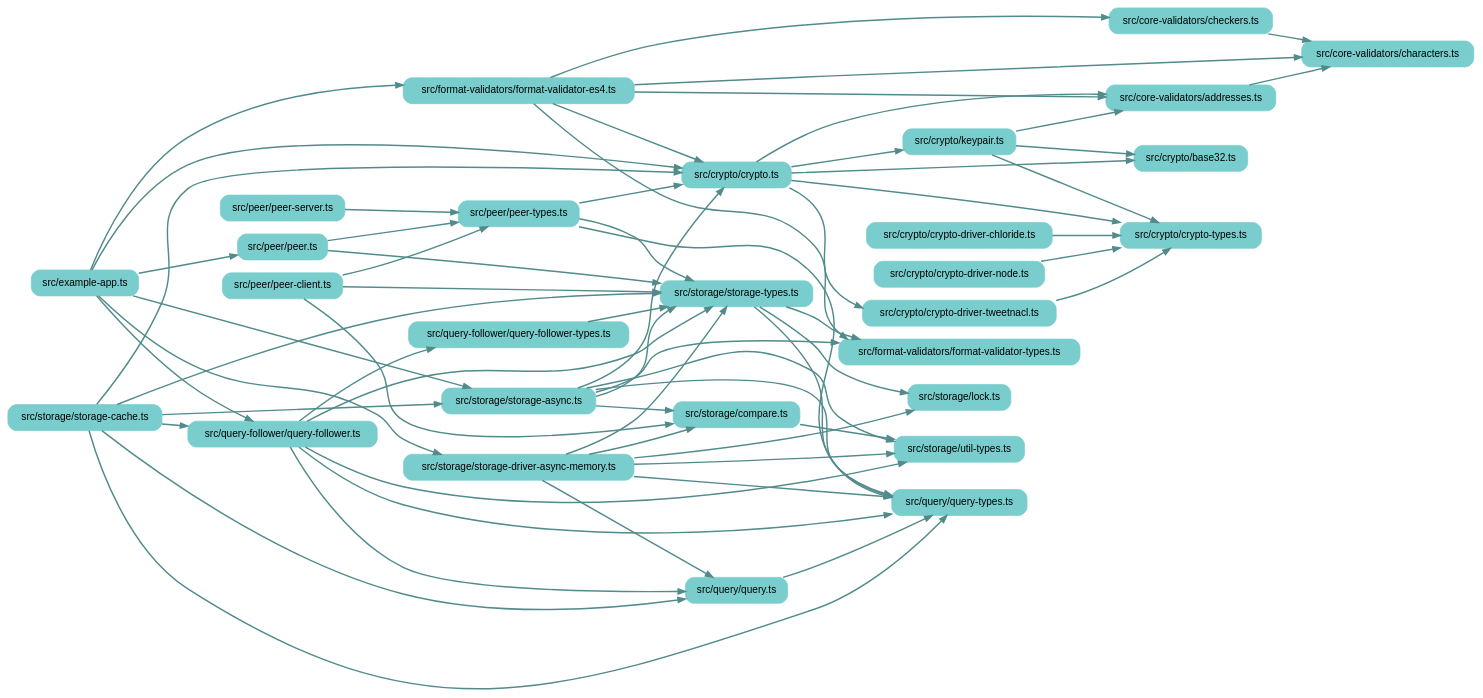
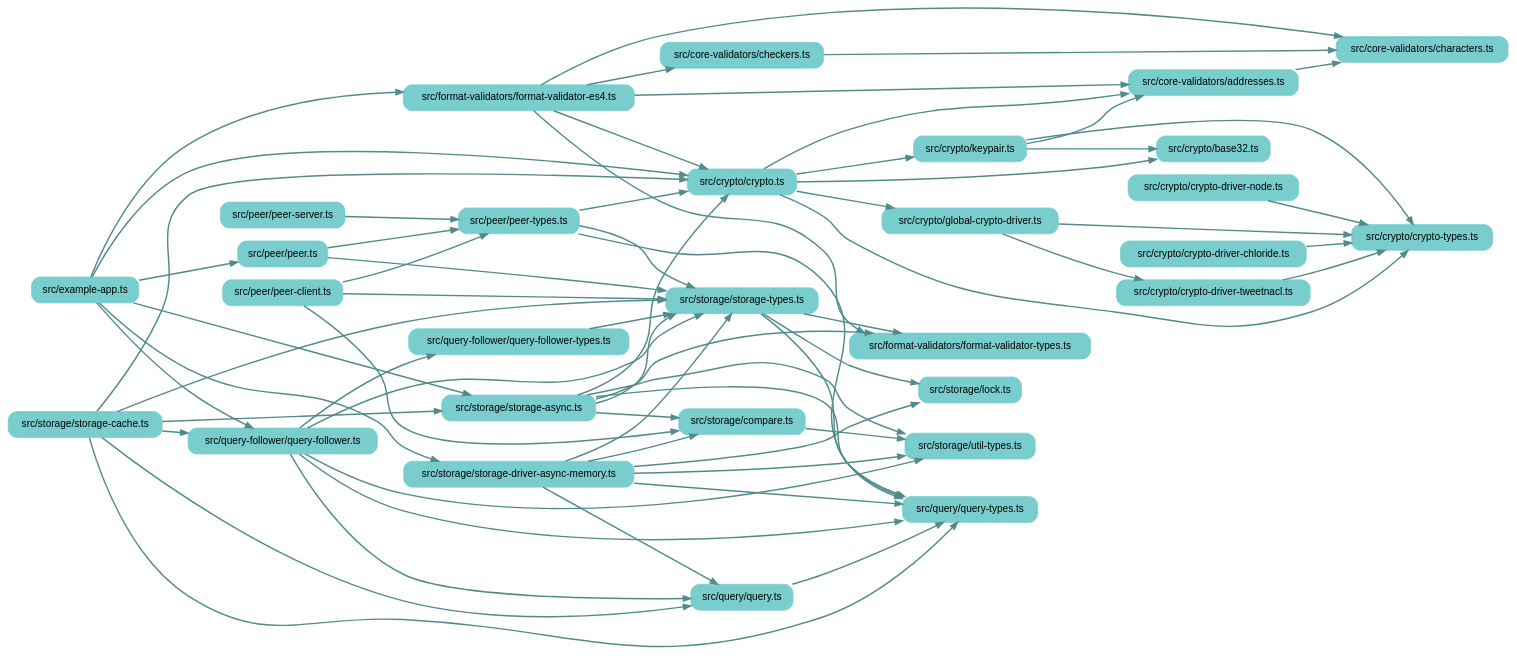
Before and after one commit to earthstar-project/earthstar: the diagram in depchart/depchart-loose.dot, drawn with Graphviz. The commit also changed 11 other files, not shown here.

```diff
--- a/depchart/depchart-loose.dot
+++ b/depchart/depchart-loose.dot
@@ -1,107 +1,110 @@
 
 digraph G {
     //splines=line;
     //splines=polyline;
     splines=true;
     rankdir=LR;
     //newrank=true;
     compound=true;
     graph [fontname = "helvetica"];  // dpi=72
     node [fontname = "helvetica"];
     edge [fontname = "helvetica"];
     
     // files in their folder clusters
         "src/example-app.ts" [label="src/example-app.ts", shape=rectangle; style="rounded,filled"; color=darkslategray3];
         "src/core-validators/addresses.ts" [label="src/core-validators/addresses.ts", shape=rectangle; style="rounded,filled"; color=darkslategray3];
             "src/core-validators/characters.ts" [label="src/core-validators/characters.ts", shape=rectangle; style="rounded,filled"; color=darkslategray3];
             "src/core-validators/checkers.ts" [label="src/core-validators/checkers.ts", shape=rectangle; style="rounded,filled"; color=darkslategray3];
         "src/crypto/base32.ts" [label="src/crypto/base32.ts", shape=rectangle; style="rounded,filled"; color=darkslategray3];
             "src/crypto/crypto-driver-chloride.ts" [label="src/crypto/crypto-driver-chloride.ts", shape=rectangle; style="rounded,filled"; color=darkslategray3];
             "src/crypto/crypto-driver-node.ts" [label="src/crypto/crypto-driver-node.ts", shape=rectangle; style="rounded,filled"; color=darkslategray3];
             "src/crypto/crypto-driver-tweetnacl.ts" [label="src/crypto/crypto-driver-tweetnacl.ts", shape=rectangle; style="rounded,filled"; color=darkslategray3];
             "src/crypto/crypto-types.ts" [label="src/crypto/crypto-types.ts", shape=rectangle; style="rounded,filled"; color=darkslategray3];
             "src/crypto/crypto.ts" [label="src/crypto/crypto.ts", shape=rectangle; style="rounded,filled"; color=darkslategray3];
+            "src/crypto/global-crypto-driver.ts" [label="src/crypto/global-crypto-driver.ts", shape=rectangle; style="rounded,filled"; color=darkslategray3];
             "src/crypto/keypair.ts" [label="src/crypto/keypair.ts", shape=rectangle; style="rounded,filled"; color=darkslategray3];
         "src/format-validators/format-validator-es4.ts" [label="src/format-validators/format-validator-es4.ts", shape=rectangle; style="rounded,filled"; color=darkslategray3];
             "src/format-validators/format-validator-types.ts" [label="src/format-validators/format-validator-types.ts", shape=rectangle; style="rounded,filled"; color=darkslategray3];
         "src/peer/peer-client.ts" [label="src/peer/peer-client.ts", shape=rectangle; style="rounded,filled"; color=darkslategray3];
             "src/peer/peer-server.ts" [label="src/peer/peer-server.ts", shape=rectangle; style="rounded,filled"; color=darkslategray3];
             "src/peer/peer-types.ts" [label="src/peer/peer-types.ts", shape=rectangle; style="rounded,filled"; color=darkslategray3];
             "src/peer/peer.ts" [label="src/peer/peer.ts", shape=rectangle; style="rounded,filled"; color=darkslategray3];
         "src/query-follower/query-follower-types.ts" [label="src/query-follower/query-follower-types.ts", shape=rectangle; style="rounded,filled"; color=darkslategray3];
             "src/query-follower/query-follower.ts" [label="src/query-follower/query-follower.ts", shape=rectangle; style="rounded,filled"; color=darkslategray3];
         "src/query/query-types.ts" [label="src/query/query-types.ts", shape=rectangle; style="rounded,filled"; color=darkslategray3];
             "src/query/query.ts" [label="src/query/query.ts", shape=rectangle; style="rounded,filled"; color=darkslategray3];
         "src/storage/compare.ts" [label="src/storage/compare.ts", shape=rectangle; style="rounded,filled"; color=darkslategray3];
             "src/storage/lock.ts" [label="src/storage/lock.ts", shape=rectangle; style="rounded,filled"; color=darkslategray3];
             "src/storage/storage-async.ts" [label="src/storage/storage-async.ts", shape=rectangle; style="rounded,filled"; color=darkslategray3];
             "src/storage/storage-cache.ts" [label="src/storage/storage-cache.ts", shape=rectangle; style="rounded,filled"; color=darkslategray3];
             "src/storage/storage-driver-async-memory.ts" [label="src/storage/storage-driver-async-memory.ts", shape=rectangle; style="rounded,filled"; color=darkslategray3];
             "src/storage/storage-types.ts" [label="src/storage/storage-types.ts", shape=rectangle; style="rounded,filled"; color=darkslategray3];
             "src/storage/util-types.ts" [label="src/storage/util-types.ts", shape=rectangle; style="rounded,filled"; color=darkslategray3];
 
     // edges between files
     "src/core-validators/addresses.ts" -> "src/core-validators/characters.ts" [penwidth=2; color=darkslategray4];
     "src/core-validators/checkers.ts" -> "src/core-validators/characters.ts" [penwidth=2; color=darkslategray4];
     "src/crypto/crypto-driver-chloride.ts" -> "src/crypto/crypto-types.ts" [penwidth=2; color=darkslategray4];
     "src/crypto/crypto-driver-node.ts" -> "src/crypto/crypto-types.ts" [penwidth=2; color=darkslategray4];
     "src/crypto/crypto-driver-tweetnacl.ts" -> "src/crypto/crypto-types.ts" [penwidth=2; color=darkslategray4];
     "src/crypto/crypto.ts" -> "src/crypto/crypto-types.ts" [penwidth=2; color=darkslategray4];
     "src/crypto/crypto.ts" -> "src/crypto/base32.ts" [penwidth=2; color=darkslategray4];
     "src/crypto/crypto.ts" -> "src/crypto/keypair.ts" [penwidth=2; color=darkslategray4];
     "src/crypto/crypto.ts" -> "src/core-validators/addresses.ts" [penwidth=2; color=darkslategray4];
-    "src/crypto/crypto.ts" -> "src/crypto/crypto-driver-tweetnacl.ts" [penwidth=2; color=darkslategray4];
+    "src/crypto/crypto.ts" -> "src/crypto/global-crypto-driver.ts" [penwidth=2; color=darkslategray4];
+    "src/crypto/global-crypto-driver.ts" -> "src/crypto/crypto-driver-tweetnacl.ts" [penwidth=2; color=darkslategray4];
+    "src/crypto/global-crypto-driver.ts" -> "src/crypto/crypto-types.ts" [penwidth=2; color=darkslategray4];
     "src/crypto/keypair.ts" -> "src/crypto/base32.ts" [penwidth=2; color=darkslategray4];
     "src/crypto/keypair.ts" -> "src/crypto/crypto-types.ts" [penwidth=2; color=darkslategray4];
     "src/crypto/keypair.ts" -> "src/core-validators/addresses.ts" [penwidth=2; color=darkslategray4];
     "src/example-app.ts" -> "src/format-validators/format-validator-es4.ts" [penwidth=2; color=darkslategray4];
     "src/example-app.ts" -> "src/storage/storage-driver-async-memory.ts" [penwidth=2; color=darkslategray4];
     "src/example-app.ts" -> "src/storage/storage-async.ts" [penwidth=2; color=darkslategray4];
     "src/example-app.ts" -> "src/crypto/crypto.ts" [penwidth=2; color=darkslategray4];
     "src/example-app.ts" -> "src/query-follower/query-follower.ts" [penwidth=2; color=darkslategray4];
     "src/example-app.ts" -> "src/peer/peer.ts" [penwidth=2; color=darkslategray4];
     "src/format-validators/format-validator-es4.ts" -> "src/format-validators/format-validator-types.ts" [penwidth=2; color=darkslategray4];
     "src/format-validators/format-validator-es4.ts" -> "src/crypto/crypto.ts" [penwidth=2; color=darkslategray4];
     "src/format-validators/format-validator-es4.ts" -> "src/core-validators/characters.ts" [penwidth=2; color=darkslategray4];
     "src/format-validators/format-validator-es4.ts" -> "src/core-validators/checkers.ts" [penwidth=2; color=darkslategray4];
     "src/format-validators/format-validator-es4.ts" -> "src/core-validators/addresses.ts" [penwidth=2; color=darkslategray4];
     "src/peer/peer-client.ts" -> "src/storage/storage-types.ts" [penwidth=2; color=darkslategray4];
     "src/peer/peer-client.ts" -> "src/peer/peer-types.ts" [penwidth=2; color=darkslategray4];
     "src/peer/peer-client.ts" -> "src/storage/compare.ts" [penwidth=2; color=darkslategray4];
     "src/peer/peer-server.ts" -> "src/peer/peer-types.ts" [penwidth=2; color=darkslategray4];
     "src/peer/peer-types.ts" -> "src/storage/storage-types.ts" [penwidth=2; color=darkslategray4];
     "src/peer/peer-types.ts" -> "src/query/query-types.ts" [penwidth=2; color=darkslategray4];
     "src/peer/peer-types.ts" -> "src/crypto/crypto.ts" [penwidth=2; color=darkslategray4];
     "src/peer/peer.ts" -> "src/storage/storage-types.ts" [penwidth=2; color=darkslategray4];
     "src/peer/peer.ts" -> "src/peer/peer-types.ts" [penwidth=2; color=darkslategray4];
     "src/query-follower/query-follower-types.ts" -> "src/storage/storage-types.ts" [penwidth=2; color=darkslategray4];
     "src/query-follower/query-follower.ts" -> "src/storage/util-types.ts" [penwidth=2; color=darkslategray4];
     "src/query-follower/query-follower.ts" -> "src/query/query-types.ts" [penwidth=2; color=darkslategray4];
     "src/query-follower/query-follower.ts" -> "src/storage/storage-types.ts" [penwidth=2; color=darkslategray4];
     "src/query-follower/query-follower.ts" -> "src/query/query.ts" [penwidth=2; color=darkslategray4];
     "src/query-follower/query-follower.ts" -> "src/query-follower/query-follower-types.ts" [penwidth=2; color=darkslategray4];
     "src/query/query.ts" -> "src/query/query-types.ts" [penwidth=2; color=darkslategray4];
     "src/storage/compare.ts" -> "src/storage/util-types.ts" [penwidth=2; color=darkslategray4];
     "src/storage/storage-async.ts" -> "src/storage/util-types.ts" [penwidth=2; color=darkslategray4];
     "src/storage/storage-async.ts" -> "src/query/query-types.ts" [penwidth=2; color=darkslategray4];
     "src/storage/storage-async.ts" -> "src/storage/storage-types.ts" [penwidth=2; color=darkslategray4];
     "src/storage/storage-async.ts" -> "src/format-validators/format-validator-types.ts" [penwidth=2; color=darkslategray4];
     "src/storage/storage-async.ts" -> "src/storage/compare.ts" [penwidth=2; color=darkslategray4];
     "src/storage/storage-async.ts" -> "src/crypto/crypto.ts" [penwidth=2; color=darkslategray4];
     "src/storage/storage-cache.ts" -> "src/query/query.ts" [penwidth=2; color=darkslategray4];
     "src/storage/storage-cache.ts" -> "src/query-follower/query-follower.ts" [penwidth=2; color=darkslategray4];
     "src/storage/storage-cache.ts" -> "src/query/query-types.ts" [penwidth=2; color=darkslategray4];
     "src/storage/storage-cache.ts" -> "src/storage/storage-async.ts" [penwidth=2; color=darkslategray4];
     "src/storage/storage-cache.ts" -> "src/storage/storage-types.ts" [penwidth=2; color=darkslategray4];
     "src/storage/storage-cache.ts" -> "src/crypto/crypto.ts" [penwidth=2; color=darkslategray4];
     "src/storage/storage-driver-async-memory.ts" -> "src/storage/util-types.ts" [penwidth=2; color=darkslategray4];
     "src/storage/storage-driver-async-memory.ts" -> "src/query/query-types.ts" [penwidth=2; color=darkslategray4];
     "src/storage/storage-driver-async-memory.ts" -> "src/storage/storage-types.ts" [penwidth=2; color=darkslategray4];
     "src/storage/storage-driver-async-memory.ts" -> "src/storage/compare.ts" [penwidth=2; color=darkslategray4];
     "src/storage/storage-driver-async-memory.ts" -> "src/query/query.ts" [penwidth=2; color=darkslategray4];
     "src/storage/storage-driver-async-memory.ts" -> "src/storage/lock.ts" [penwidth=2; color=darkslategray4];
     "src/storage/storage-types.ts" -> "src/query/query-types.ts" [penwidth=2; color=darkslategray4];
     "src/storage/storage-types.ts" -> "src/format-validators/format-validator-types.ts" [penwidth=2; color=darkslategray4];
     "src/storage/storage-types.ts" -> "src/storage/lock.ts" [penwidth=2; color=darkslategray4];
 
 }
```
